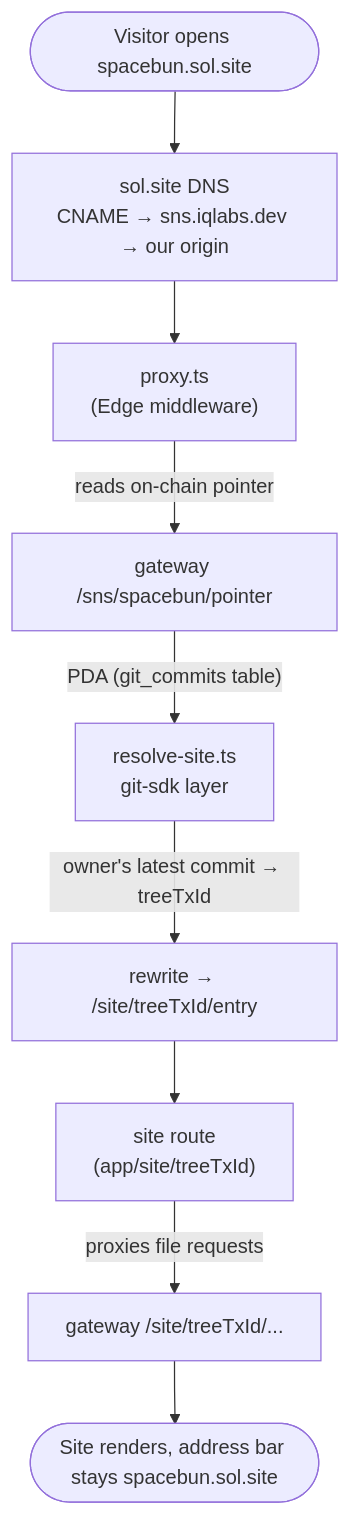
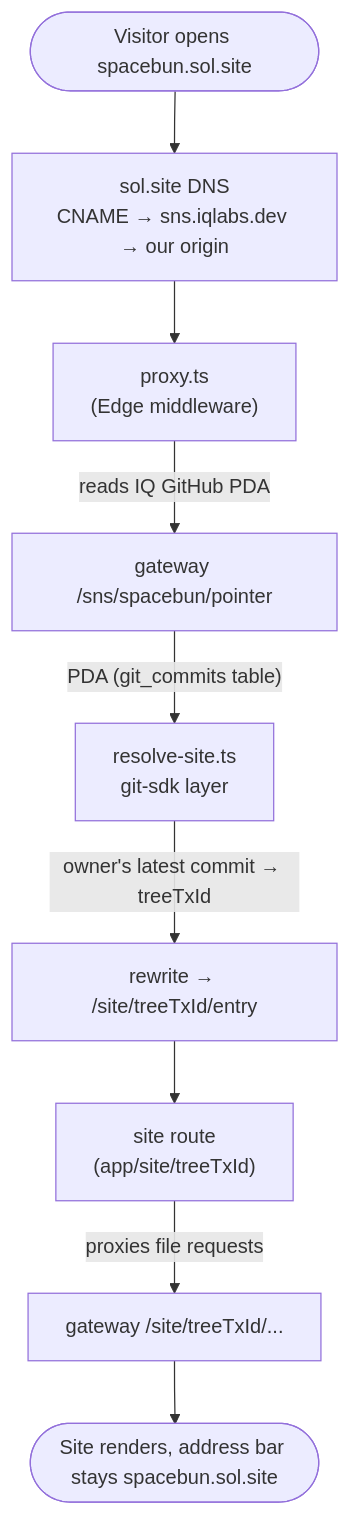
Before and after one commit to IQCoreTeam/iq-wide-web: the first of 6 diagrams in HOW-IT-WORKS.md, drawn with Mermaid. The commit also changed other lines of this file, not shown here.

First line of the commit message:
docs: say 'IQ GitHub PDA' instead of 'on-chain pointer'

````diff
--- a/HOW-IT-WORKS.md
+++ b/HOW-IT-WORKS.md
@@ -15,11 +15,11 @@
 ```mermaid
 flowchart TD
     U(["Visitor opens spacebun.sol.site"]) --> CF["sol.site DNS<br/>CNAME → sns.iqlabs.dev → our origin"]
     CF --> PX["proxy.ts<br/>(Edge middleware)"]
-    PX -->|"reads on-chain pointer"| GW1["gateway /sns/spacebun/pointer"]
+    PX -->|"reads IQ GitHub PDA"| GW1["gateway /sns/spacebun/pointer"]
     GW1 -->|"PDA (git_commits table)"| RS["resolve-site.ts<br/>git-sdk layer"]
     RS -->|"owner's latest commit → treeTxId"| RW["rewrite → /site/treeTxId/entry"]
     RW --> SR["site route<br/>(app/site/treeTxId)"]
     SR -->|"proxies file requests"| GW2["gateway /site/treeTxId/..."]
     GW2 --> OUT(["Site renders, address bar stays spacebun.sol.site"])
 ```
````
